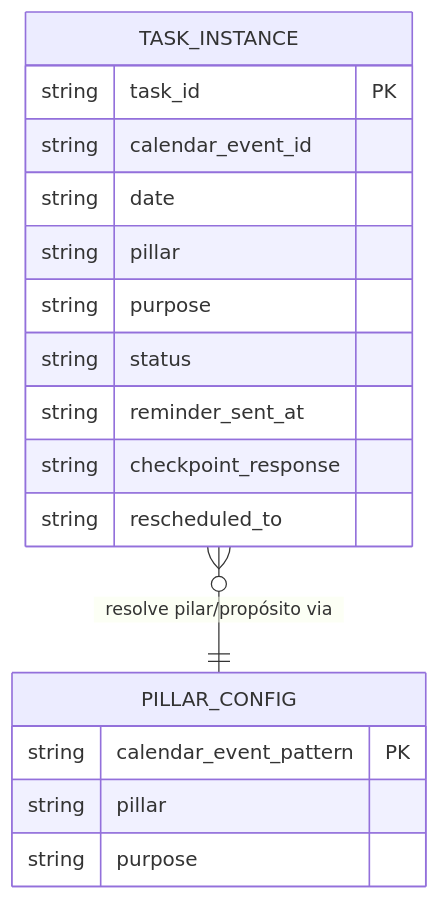
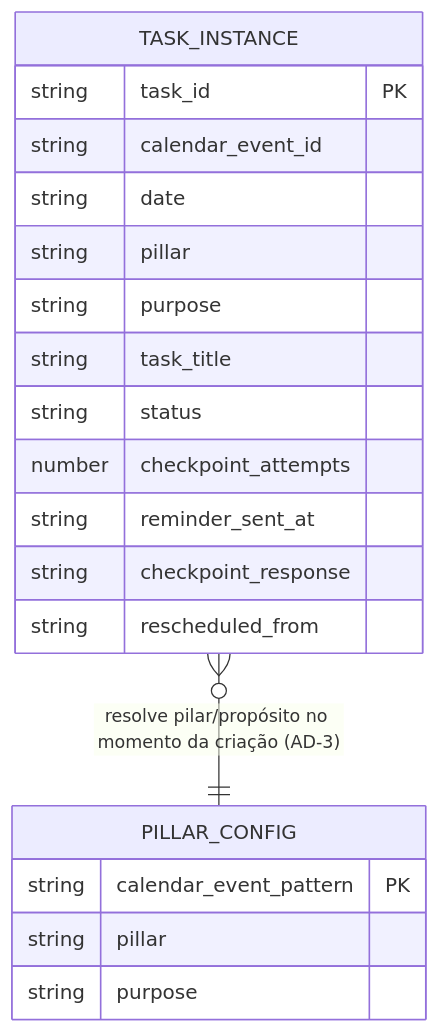
One commit to Podolski-lab/teste1 changed the fourth of 4 diagrams in _bmad-output/planning-artifacts/architecture/architecture-teste1-2026-09-23/ARCHITECTURE-SPINE.md. Above: the diagram before and after it, drawn with Mermaid. The commit also changed other lines of this file and 1 other file, not shown here.

````diff
--- a/_bmad-output/planning-artifacts/architecture/architecture-teste1-2026-09-23/ARCHITECTURE-SPINE.md
+++ b/_bmad-output/planning-artifacts/architecture/architecture-teste1-2026-09-23/ARCHITECTURE-SPINE.md
@@ -169,20 +178,22 @@
 ```mermaid
 erDiagram
   TASK_INSTANCE {
     string task_id PK
     string calendar_event_id
     string date
     string pillar
     string purpose
+    string task_title
     string status
+    number checkpoint_attempts
     string reminder_sent_at
     string checkpoint_response
-    string rescheduled_to
+    string rescheduled_from
   }
   PILLAR_CONFIG {
     string calendar_event_pattern PK
     string pillar
     string purpose
   }
-  TASK_INSTANCE }o--|| PILLAR_CONFIG : "resolve pilar/propósito via"
+  TASK_INSTANCE }o--|| PILLAR_CONFIG : "resolve pilar/propósito no momento da criação (AD-3)"
 ```
````
